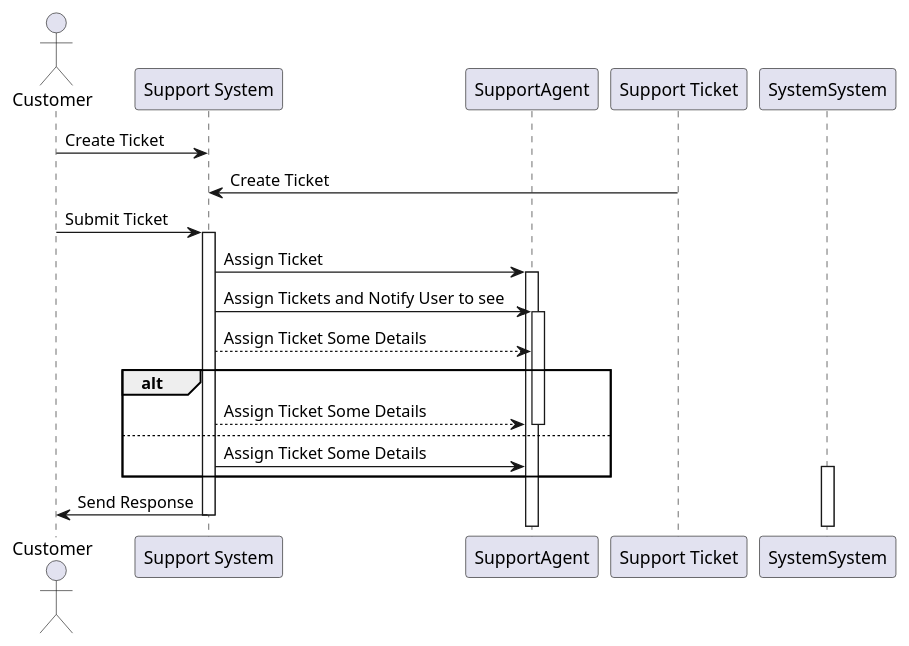
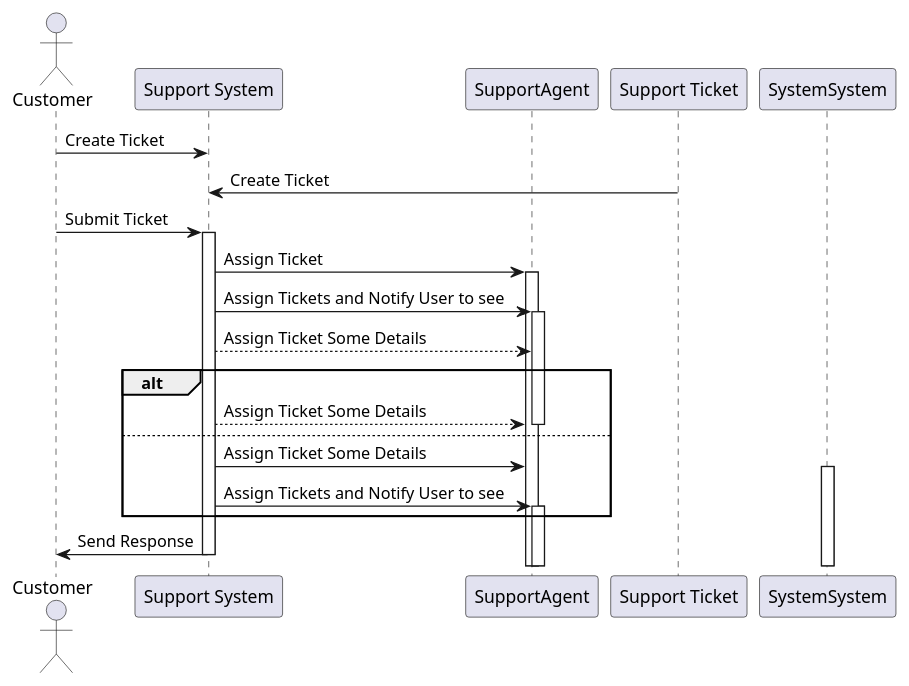
Before and after one commit to alladin7000/alladin7000.github.io: the diagram in diagrams/s.puml, drawn with PlantUML.

```diff
--- a/diagrams/s.puml
+++ b/diagrams/s.puml
@@ -1,26 +1,28 @@
 @startuml
 actor Customer
 participant "Support System" as System
 participant "SupportAgent"
 participant "Support Ticket" as Ticket
 Customer -> System : Create Ticket
 Ticket -> System : Create Ticket
 Customer -> System : Submit Ticket
 activate System
 
 System -> SupportAgent : Assign Ticket
 activate SupportAgent
 
 System -> SupportAgent : Assign Tickets and Notify User to see 
 activate SupportAgent
 System --> SupportAgent : Assign Ticket Some Details
 alt
 System --> SupportAgent : Assign Ticket Some Details
 deactivate SupportAgent
 else
 System -> SupportAgent : Assign Ticket Some Details
 activate SystemSystem
+System -> SupportAgent : Assign Tickets and Notify User to see 
+activate SupportAgent
 end
 System -> Customer : Send Response
 deactivate System
 @enduml
```
